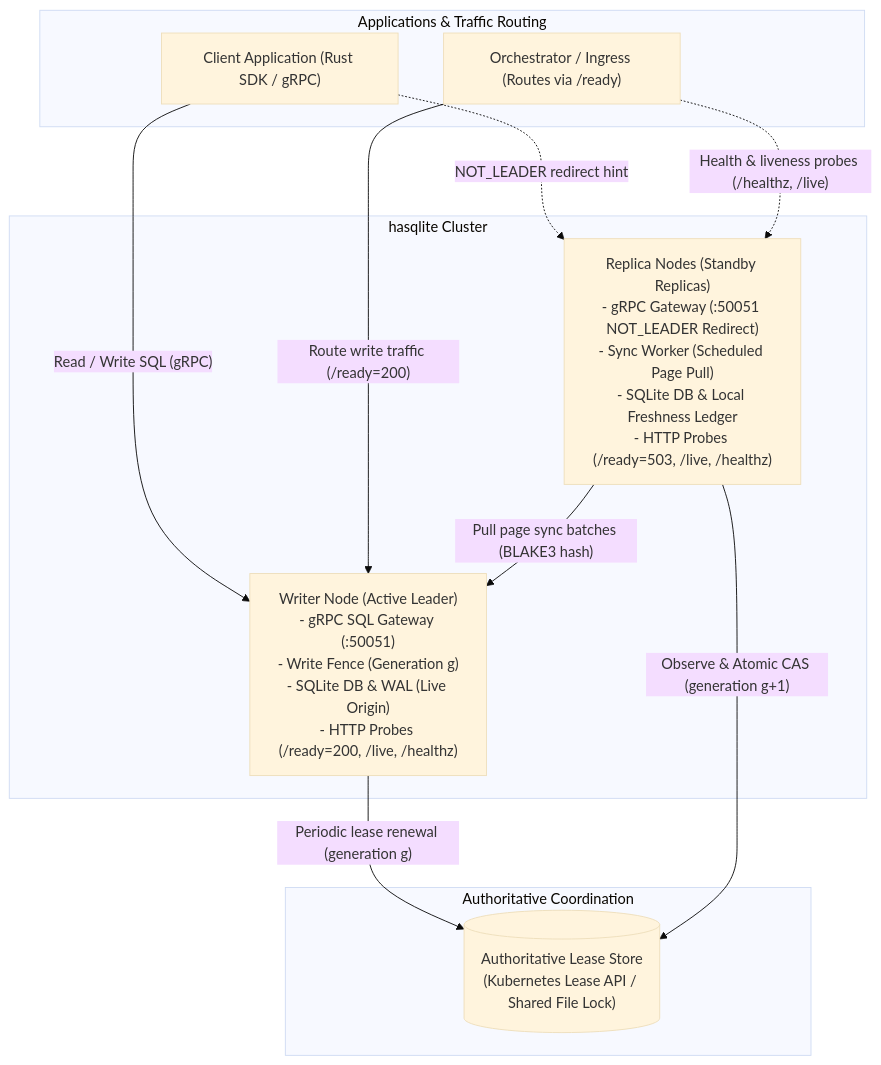
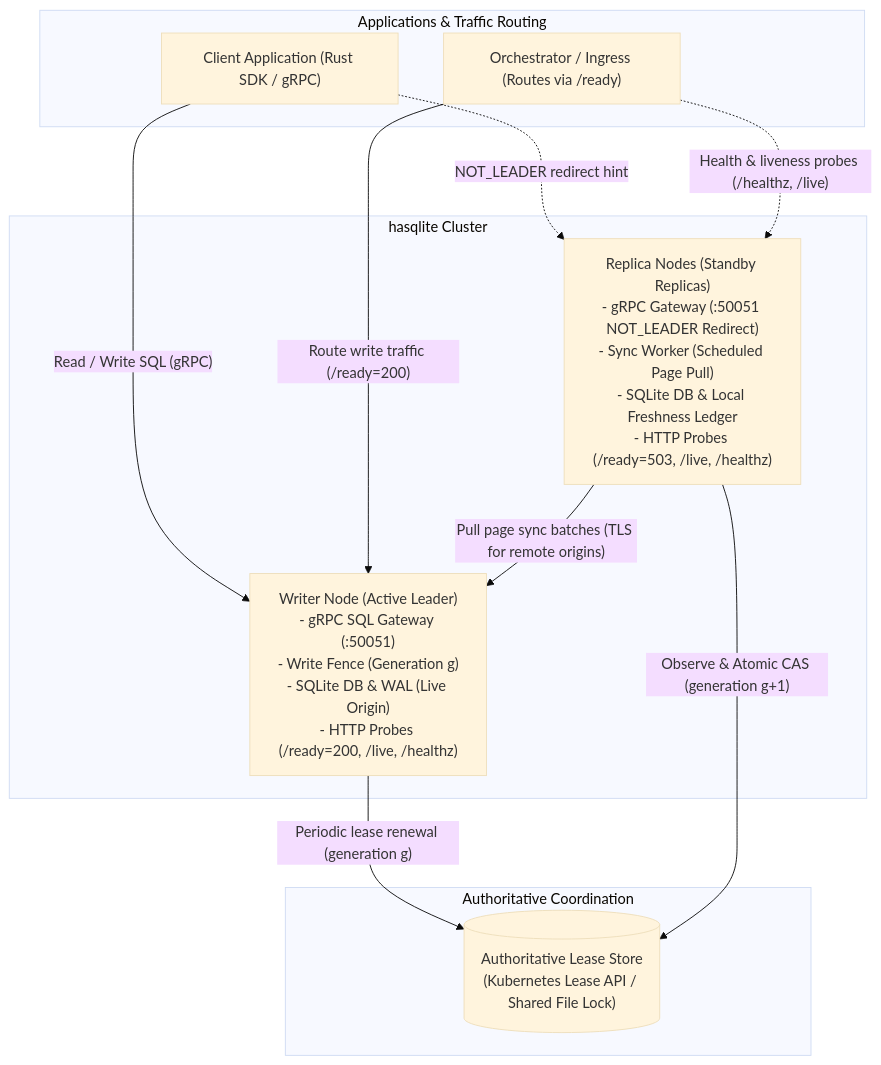
One commit to sria91/hasqlite changed the first of 4 diagrams in docs/PLAN.md. Above: the diagram before and after it, drawn with Mermaid (base theme). The commit also changed other lines of this file and 5 other files, not shown here.

````diff
--- a/docs/PLAN.md
+++ b/docs/PLAN.md
@@ -86,27 +86,27 @@
 ```mermaid
 flowchart TB
   subgraph apps ["Applications & Traffic Routing"]
     APP["Client Application (Rust SDK / gRPC)"]
     ROUTER["Orchestrator / Ingress (Routes via /ready)"]
   end
 
   subgraph cluster ["hasqlite Cluster"]
     WRITER["Writer Node (Active Leader)\n- gRPC SQL Gateway (:50051)\n- Write Fence (Generation g)\n- SQLite DB & WAL (Live Origin)\n- HTTP Probes (/ready=200, /live, /healthz)"]
 
     REPLICAS["Replica Nodes (Standby Replicas)\n- gRPC Gateway (:50051 NOT_LEADER Redirect)\n- Sync Worker (Scheduled Page Pull)\n- SQLite DB & Local Freshness Ledger\n- HTTP Probes (/ready=503, /live, /healthz)"]
   end
 
   subgraph coord ["Authoritative Coordination"]
     LEASE[("Authoritative Lease Store\n(Kubernetes Lease API / Shared File Lock)")]
   end
 
   APP -->|"Read / Write SQL (gRPC)"| WRITER
   APP -.->|"NOT_LEADER redirect hint"| REPLICAS
   ROUTER -->|"Route write traffic (/ready=200)"| WRITER
   ROUTER -.->|"Health & liveness probes (/healthz, /live)"| REPLICAS
 
   WRITER -->|"Periodic lease renewal (generation g)"| LEASE
   REPLICAS -->|"Observe & Atomic CAS (generation g+1)"| LEASE
 
-  REPLICAS -->|"Pull page sync batches (BLAKE3 hash)"| WRITER
+  REPLICAS -->|"Pull page sync batches (TLS for remote origins)"| WRITER
 ```
````
